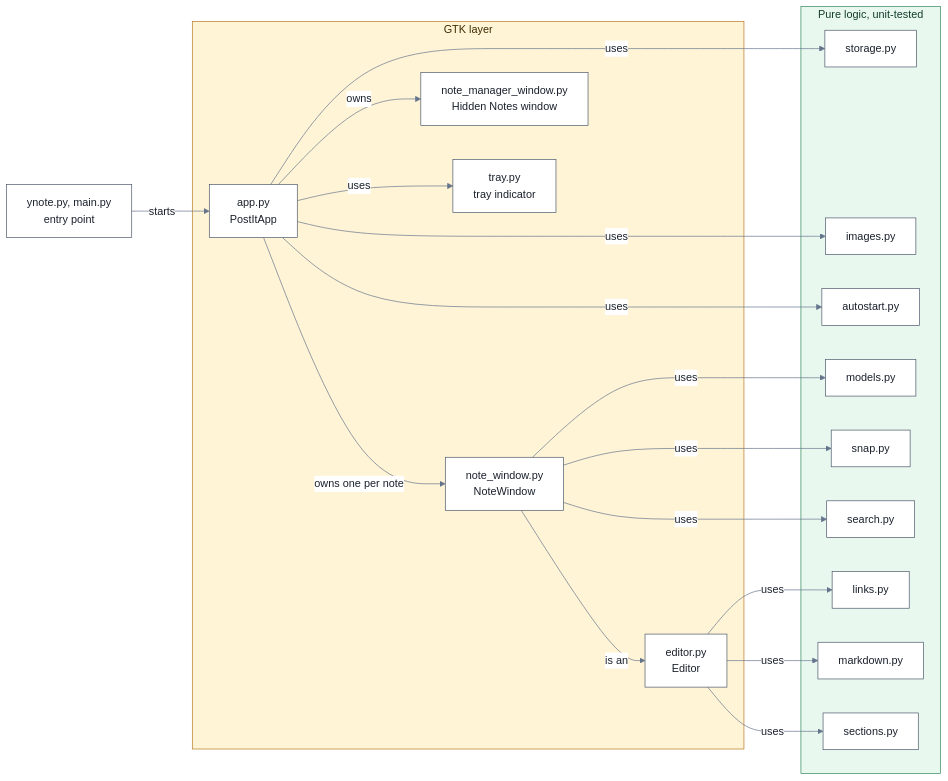
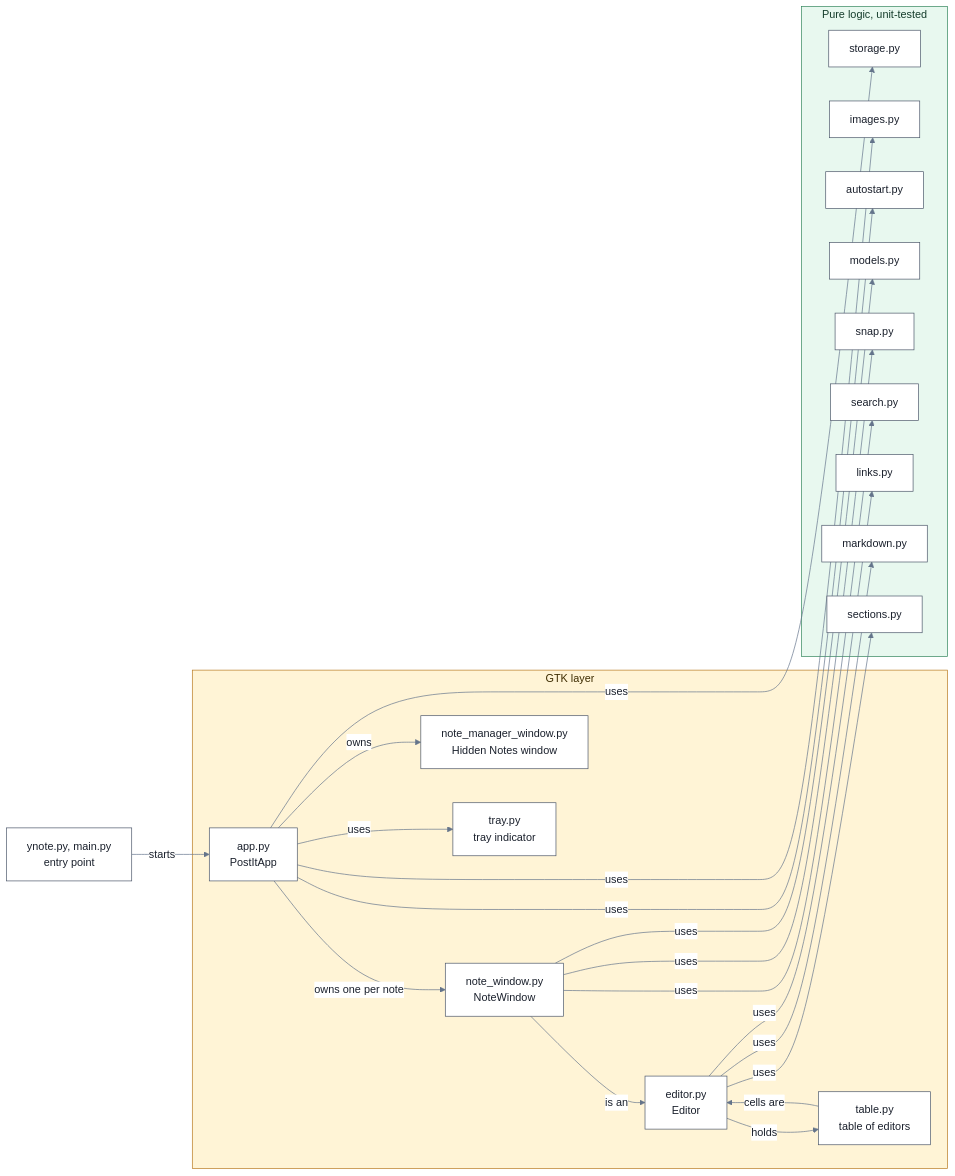
Before and after one commit to vacu9708/ynote: the first of 2 diagrams in ARCHITECTURE.md, drawn with Mermaid. The commit also changed other lines of this file and 14 other files, not shown here.

````diff
--- a/ARCHITECTURE.md
+++ b/ARCHITECTURE.md
@@ -13,45 +13,48 @@
 ```mermaid
 %%{init: {'theme': 'base', 'themeVariables': {'primaryColor': '#FFFFFF', 'primaryTextColor': '#1A202C', 'primaryBorderColor': '#4A5568', 'lineColor': '#64748B', 'edgeLabelBackground': '#FFFFFF', 'titleColor': '#1A202C'}}}%%
 flowchart LR
     Main["ynote.py, main.py<br/>entry point"]
 
     subgraph GTK["GTK layer"]
         App["app.py<br/>PostItApp"]
         Window["note_window.py<br/>NoteWindow"]
         Editor["editor.py<br/>Editor"]
+        Table["table.py<br/>table of editors"]
         Manager["note_manager_window.py<br/>Hidden Notes window"]
         Tray["tray.py<br/>tray indicator"]
     end
 
     subgraph Pure["Pure logic, unit-tested"]
         Storage["storage.py"]
         Images["images.py"]
         Autostart["autostart.py"]
         Models["models.py"]
         Snap["snap.py"]
         Search["search.py"]
         Links["links.py"]
         Markdown["markdown.py"]
         Sections["sections.py"]
     end
 
     Main -->|starts| App
     App -->|owns one per note| Window
     App -->|owns| Manager
     App -->|uses| Tray
     App -->|uses| Storage
     App -->|uses| Images
     App -->|uses| Autostart
     Window -->|is an| Editor
     Window -->|uses| Models
     Window -->|uses| Snap
     Window -->|uses| Search
     Editor -->|uses| Links
     Editor -->|uses| Markdown
     Editor -->|uses| Sections
+    Editor -->|holds| Table
+    Table -->|cells are| Editor
 
     classDef node fill:#FFFFFF,stroke:#4A5568,color:#1A202C
-    class Main,App,Window,Editor,Manager,Tray,Storage,Images,Autostart,Models,Snap,Search,Links,Markdown,Sections node
+    class Main,App,Window,Editor,Table,Manager,Tray,Storage,Images,Autostart,Models,Snap,Search,Links,Markdown,Sections node
     style GTK fill:#FFF4D6,stroke:#B7791F,color:#3D2C00
     style Pure fill:#E8F8EF,stroke:#2F855A,color:#143C2B
 ```
````
